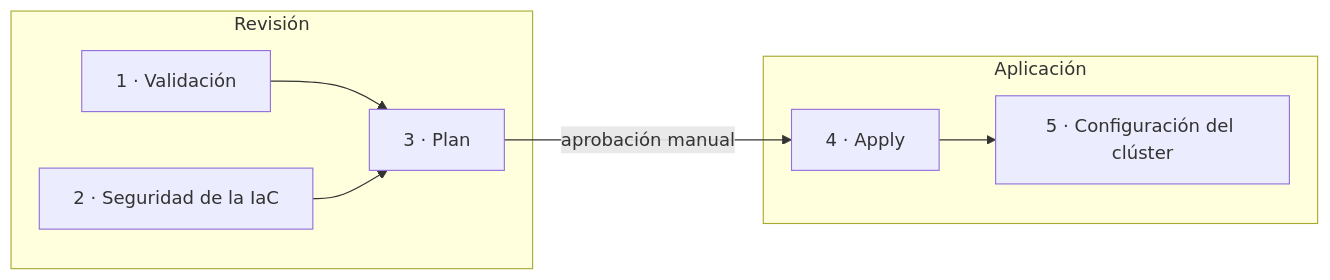
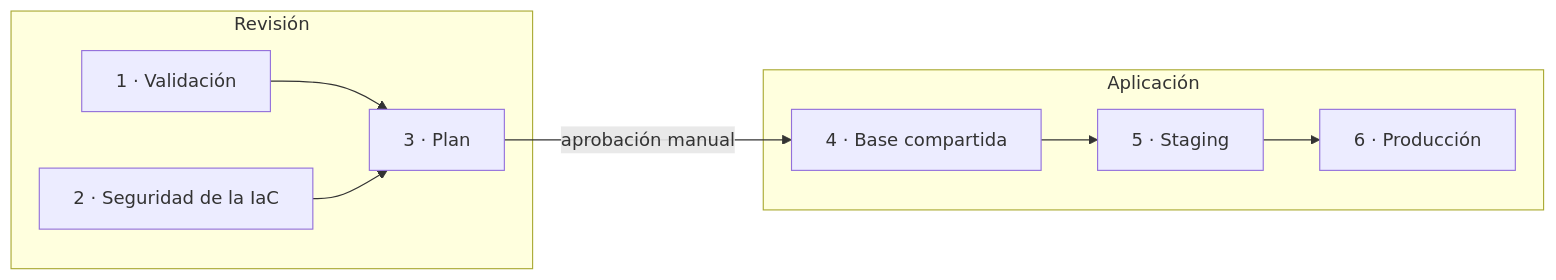
Before and after one commit to londono652/nelua-api: the second of 2 diagrams in cicd/README.md, drawn with Mermaid. The commit also changed other lines of this file and 51 other files, not shown here.

Commit message:
Un ambiente por stack: staging y producción

````diff
--- a/cicd/README.md
+++ b/cicd/README.md
@@ -102,11 +103,12 @@
 ```mermaid
 flowchart LR
   subgraph Revisión
     V["1 · Validación"] --> PL["3 · Plan"]
     SE["2 · Seguridad de la IaC"] --> PL
   end
   subgraph Aplicación
-    A["4 · Apply"] --> C["5 · Configuración del clúster"]
+    B["4 · Base compartida"] --> ST["5 · Staging"]
+    ST --> PR["6 · Producción"]
   end
-  PL -->|aprobación manual| A
+  PL -->|aprobación manual| B
 ```
````
